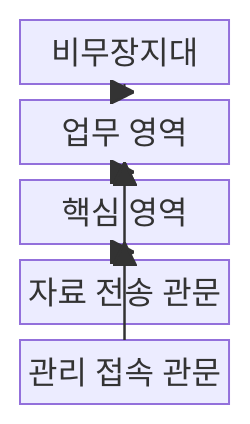
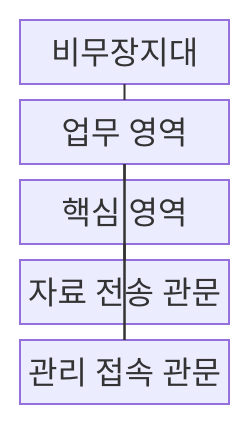
Before and after one commit to agnusdei1207/knowledge-base: the first of 2 diagrams in src/content/docs/notes/04-network/088_network_separation.md, drawn with Mermaid. The commit also changed other lines of this file and 493 other files, not shown here.

````diff
--- a/src/content/docs/notes/04-network/088_network_separation.md
+++ b/src/content/docs/notes/04-network/088_network_separation.md
@@ -64,15 +64,15 @@
 ```mermaid
 block-beta
     columns 1
     DMZ["비무장지대"]
     WORK["업무 영역"]
     CORE["핵심 영역"]
     DATA["자료 전송 관문"]
     ADMIN["관리 접속 관문"]
-    DMZ --> WORK
-    WORK --> CORE
-    DATA --> WORK
-    DATA --> CORE
-    ADMIN --> WORK
-    ADMIN --> CORE
+    DMZ --- WORK
+    WORK --- CORE
+    DATA --- WORK
+    DATA --- CORE
+    ADMIN --- WORK
+    ADMIN --- CORE
 ```
````
